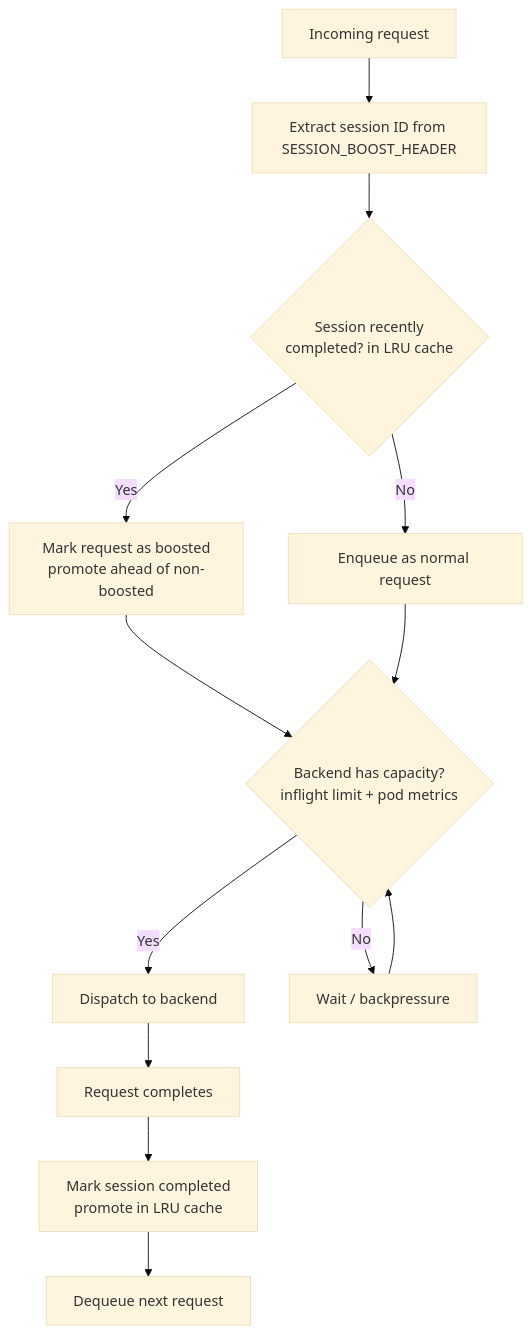
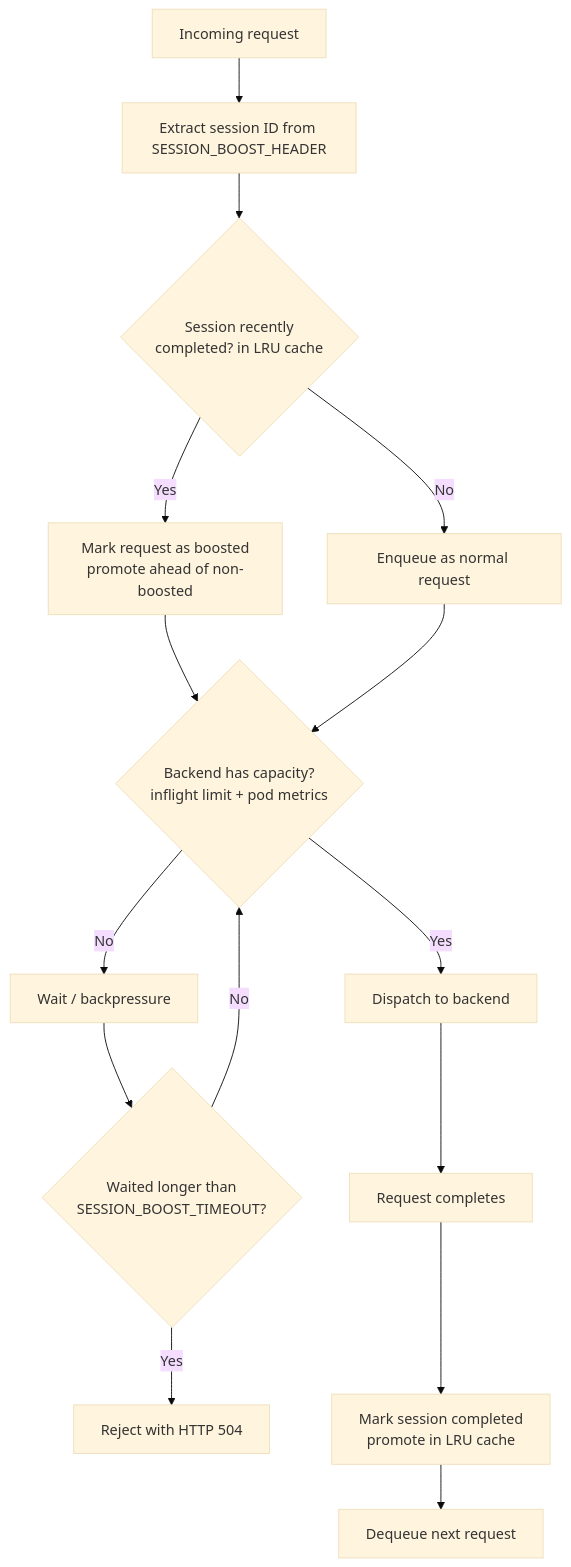
One commit to xuezhaojun/kthena changed the diagram in docs/kthena/docs/user-guide/session-boost.md. Above: the diagram before and after it, drawn with Mermaid (base theme). The commit also changed other lines of this file and 12 other files, not shown here.

First line of the commit message:
Add session boost queue wait timeout (HTTP 504 on excessive wait) (#1277)

````diff
--- a/docs/kthena/docs/user-guide/session-boost.md
+++ b/docs/kthena/docs/user-guide/session-boost.md
@@ -23,15 +23,17 @@
 ```mermaid
 flowchart TD
     A[Incoming request] --> B[Extract session ID from SESSION_BOOST_HEADER]
     B --> C{Session recently<br/>completed? in LRU cache}
     C -- Yes --> D[Mark request as boosted<br/>promote ahead of non-boosted]
     C -- No --> E[Enqueue as normal request]
     D --> F{Backend has capacity?<br/>inflight limit + pod metrics}
     E --> F
     F -- Yes --> G[Dispatch to backend]
     F -- No --> H[Wait / backpressure]
-    H --> F
+    H --> K{Waited longer than<br/>SESSION_BOOST_TIMEOUT?}
+    K -- Yes --> R[Reject with HTTP 504]
+    K -- No --> F
     G --> I[Request completes]
     I --> J[Mark session completed<br/>promote in LRU cache]
     J --> M[Dequeue next request]
 ```
````
